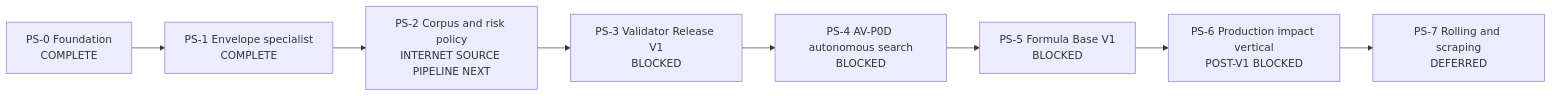
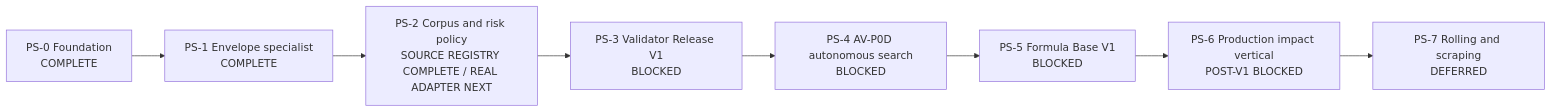
Before and after one commit to kaifaty/NextEngine: the diagram in docs/plans/physical-sound-synthesis-roadmap.md, drawn with Mermaid. The commit also changed other lines of this file and 10 other files, not shown here.

Commit message:
feat(audio): add bounded internet source registry

````diff
--- a/docs/plans/physical-sound-synthesis-roadmap.md
+++ b/docs/plans/physical-sound-synthesis-roadmap.md
@@ -94,10 +94,10 @@
 ```mermaid
 flowchart LR
     PS0["PS-0 Foundation<br/>COMPLETE"] --> PS1["PS-1 Envelope specialist<br/>COMPLETE"]
-    PS1 --> PS2["PS-2 Corpus and risk policy<br/>INTERNET SOURCE PIPELINE NEXT"]
+    PS1 --> PS2["PS-2 Corpus and risk policy<br/>SOURCE REGISTRY COMPLETE / REAL ADAPTER NEXT"]
     PS2 --> PS3["PS-3 Validator Release V1<br/>BLOCKED"]
     PS3 --> PS4["PS-4 AV-P0D autonomous search<br/>BLOCKED"]
     PS4 --> PS5["PS-5 Formula Base V1<br/>BLOCKED"]
     PS5 --> PS6["PS-6 Production impact vertical<br/>POST-V1 BLOCKED"]
     PS6 --> PS7["PS-7 Rolling and scraping<br/>DEFERRED"]
 ```
````
